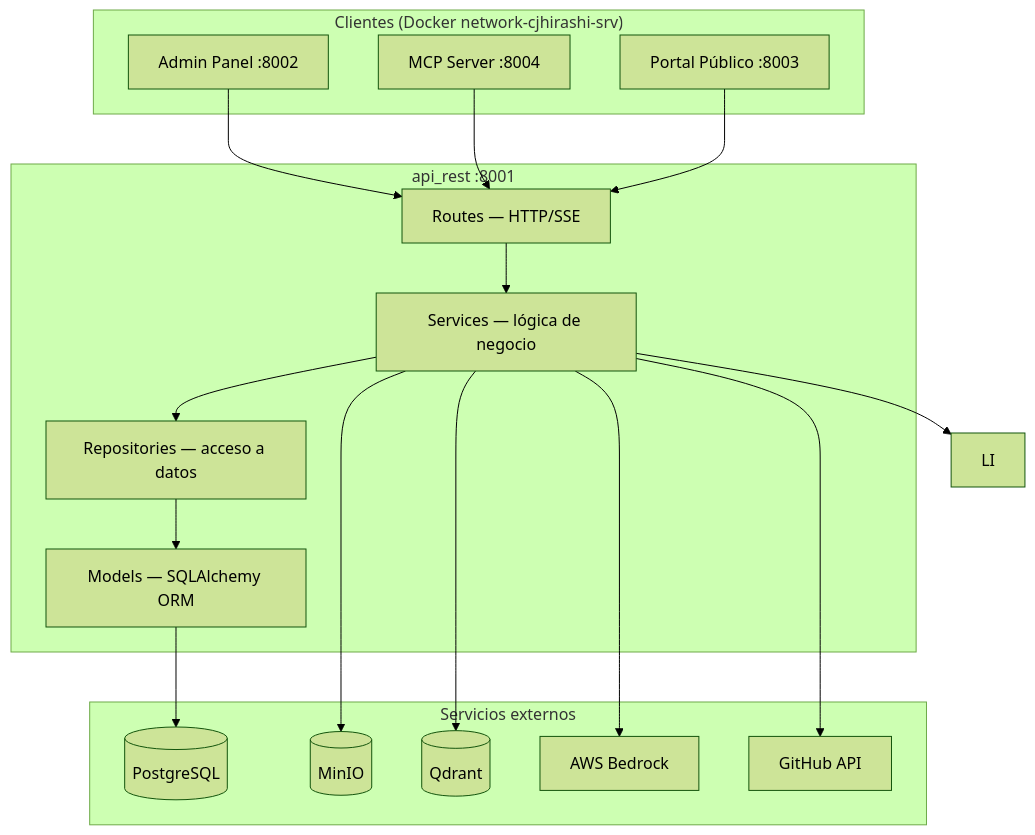
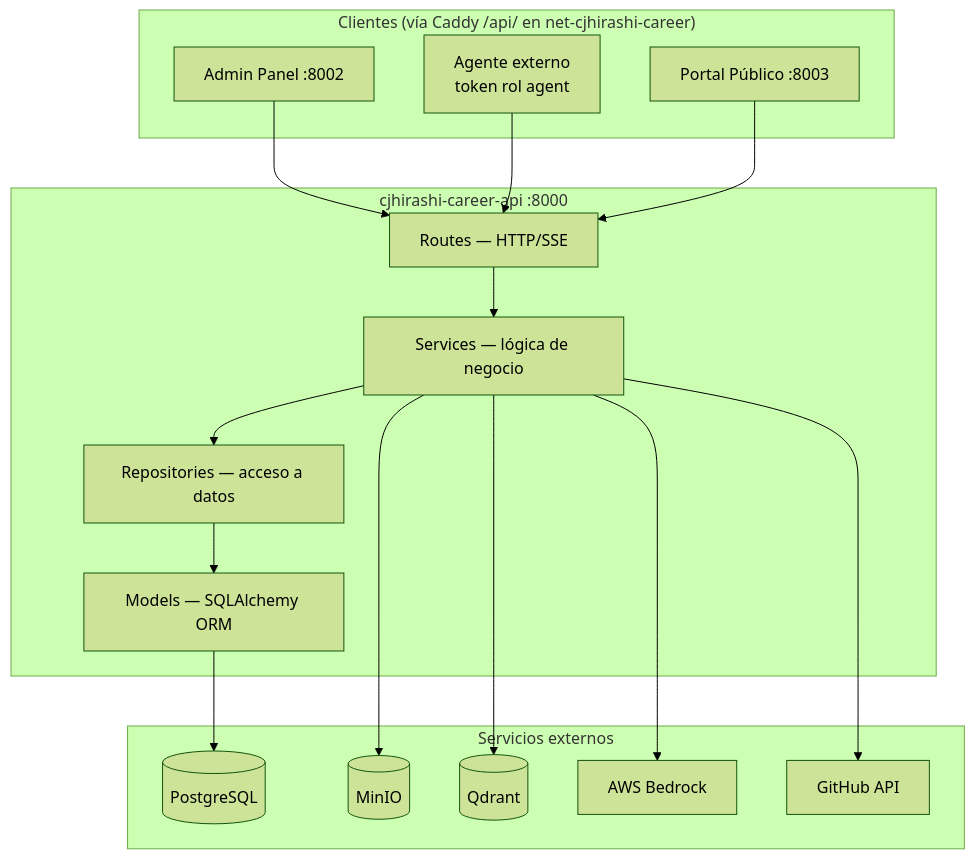
Before and after one commit to cjhirashi/cjhirashi-career: the first of 5 diagrams in cjhirashi-career-api/docs/ARCHITECTURE.md, drawn with Mermaid (forest theme). The commit also changed other lines of this file and 44 other files, not shown here.

````diff
--- a/cjhirashi-career-api/docs/ARCHITECTURE.md
+++ b/cjhirashi-career-api/docs/ARCHITECTURE.md
@@ -47,36 +47,35 @@
 ```mermaid
 graph TD
-    subgraph Clients["Clientes (Docker network-cjhirashi-srv)"]
+    subgraph Clients["Clientes (vía Caddy /api/ en net-cjhirashi-career)"]
         Admin[Admin Panel :8002]
         Portal[Portal Público :8003]
-        MCP[MCP Server :8004]
+        Agent[Agente externo<br/>token rol agent]
     end
 
-    subgraph API["api_rest :8001"]
+    subgraph API["cjhirashi-career-api :8000"]
         Routes[Routes — HTTP/SSE]
         Services[Services — lógica de negocio]
         Repos[Repositories — acceso a datos]
         Models[Models — SQLAlchemy ORM]
     end
 
     subgraph External["Servicios externos"]
         PG[(PostgreSQL)]
         MinIO[(MinIO)]
         Qdrant[(Qdrant)]
         AWS[AWS Bedrock]
         GH[GitHub API]
     end
 
     Admin --> Routes
-    MCP --> Routes
+    Agent --> Routes
     Portal --> Routes
     Routes --> Services
     Services --> Repos
     Repos --> Models
     Models --> PG
     Services --> MinIO
     Services --> Qdrant
     Services --> AWS
-    Services --> LI
     Services --> GH
 ```
````
